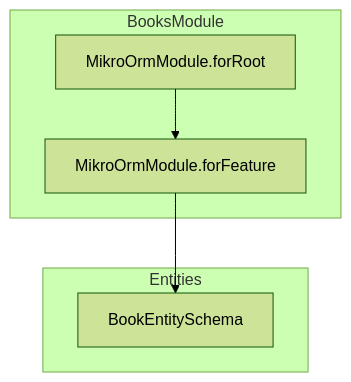
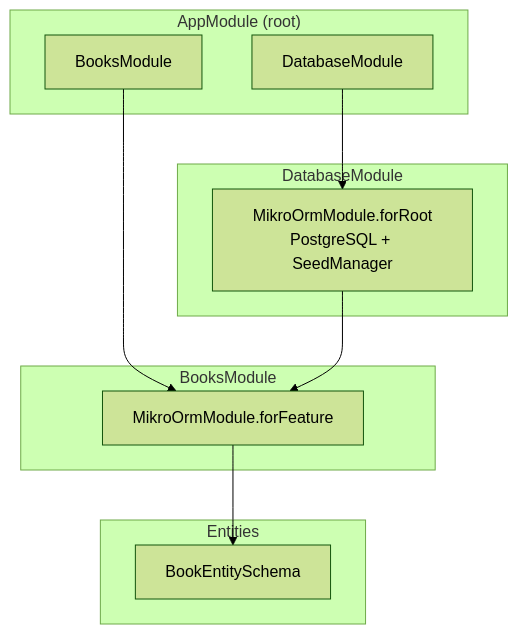
Before and after one commit to Agustin-Perezz/scaffold-nestjs: the fourth of 4 diagrams in docs/01_ARCHITECTURE.md, drawn with Mermaid (forest theme). The commit also changed other lines of this file and 3 other files, not shown here.

Commit message:
Update docs for two-layer test architecture, SQLite e2e, factories, and BaseEntity

````diff
--- a/docs/01_ARCHITECTURE.md
+++ b/docs/01_ARCHITECTURE.md
@@ -179,14 +199,24 @@
 ```mermaid
 graph TB
-    subgraph BooksModule
-        A[MikroOrmModule.forRoot]
+    subgraph AppModule["AppModule (root)"]
+        DBMOD[DatabaseModule]
+        BOOKSMOD[BooksModule]
+    end
+
+    subgraph DatabaseModule["DatabaseModule"]
+        A[MikroOrmModule.forRoot<br/>PostgreSQL + SeedManager]
+    end
+
+    subgraph BooksModule["BooksModule"]
         B[MikroOrmModule.forFeature]
     end
 
     subgraph Entities
         C[BookEntitySchema]
     end
 
+    DBMOD --> A
+    BOOKSMOD --> B
     A --> B
     B --> C
 ```
````
